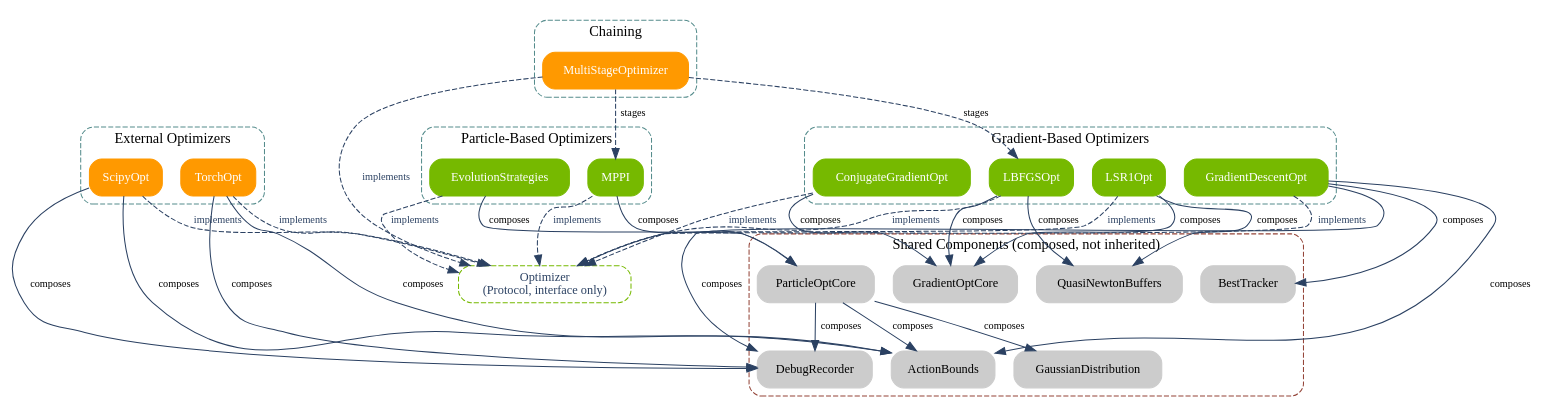
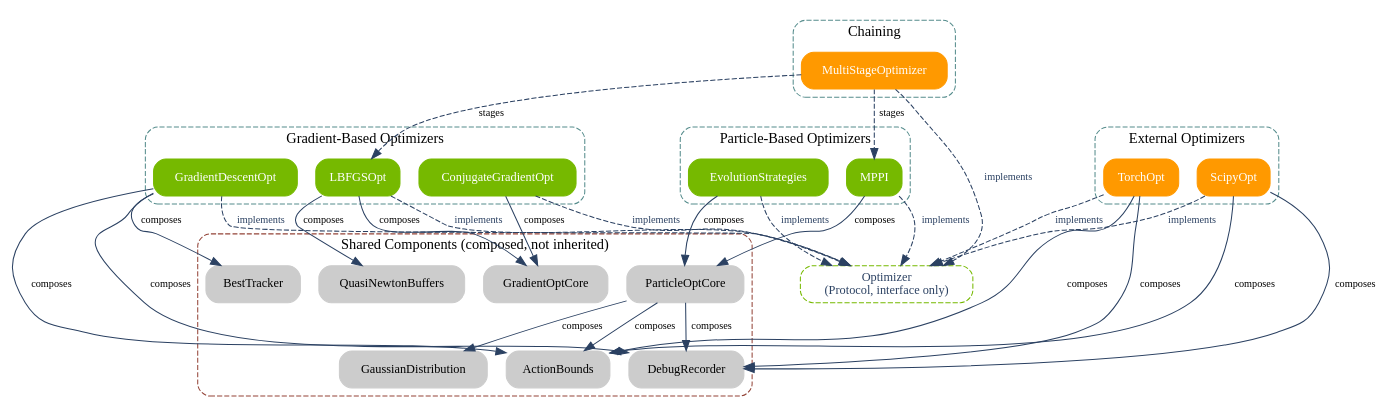
Before and after one commit to NVlabs/curobo: the first of 3 diagrams in docs/concepts/optimization_solver.rst, drawn with Graphviz. The commit also changed other lines of this file and 516 other files, not shown here.

```diff
--- a/docs/concepts/optimization_solver.rst
+++ b/docs/concepts/optimization_solver.rst
@@ -49,7 +49,6 @@
             color="#558c8c";
 
             lbfgs   [label="LBFGSOpt",             color="#76b900", style="filled, rounded", fontcolor="white"];
-            lsr1    [label="LSR1Opt",              color="#76b900", style="filled, rounded", fontcolor="white"];
             cg      [label="ConjugateGradientOpt", color="#76b900", style="filled, rounded", fontcolor="white"];
             gd      [label="GradientDescentOpt",   color="#76b900", style="filled, rounded", fontcolor="white"];
         }
@@ -95,12 +94,11 @@
         }
 
         // "Implements" edges from each optimizer to the Optimizer protocol.
-        {lbfgs, lsr1, cg, gd, mppi, es, scipy_opt, torch_opt, multi}
+        {lbfgs, cg, gd, mppi, es, scipy_opt, torch_opt, multi}
             -> optimizer [label="implements", style="dashed", fontcolor="#2B4162"];
 
         // "Composes" edges from each optimizer to the components it owns.
         lbfgs   -> {gradient_core, qn}      [label="composes"];
-        lsr1    -> {gradient_core, qn}      [label="composes"];
         cg      -> {gradient_core}          [label="composes"];
         gd      -> {bounds, best, debug}    [label="composes"];
 
```
